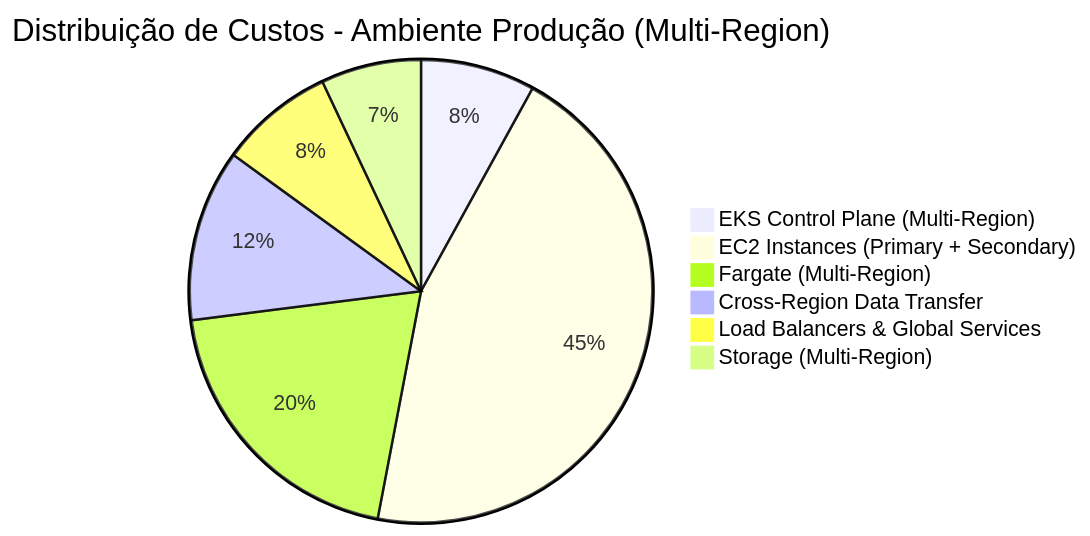
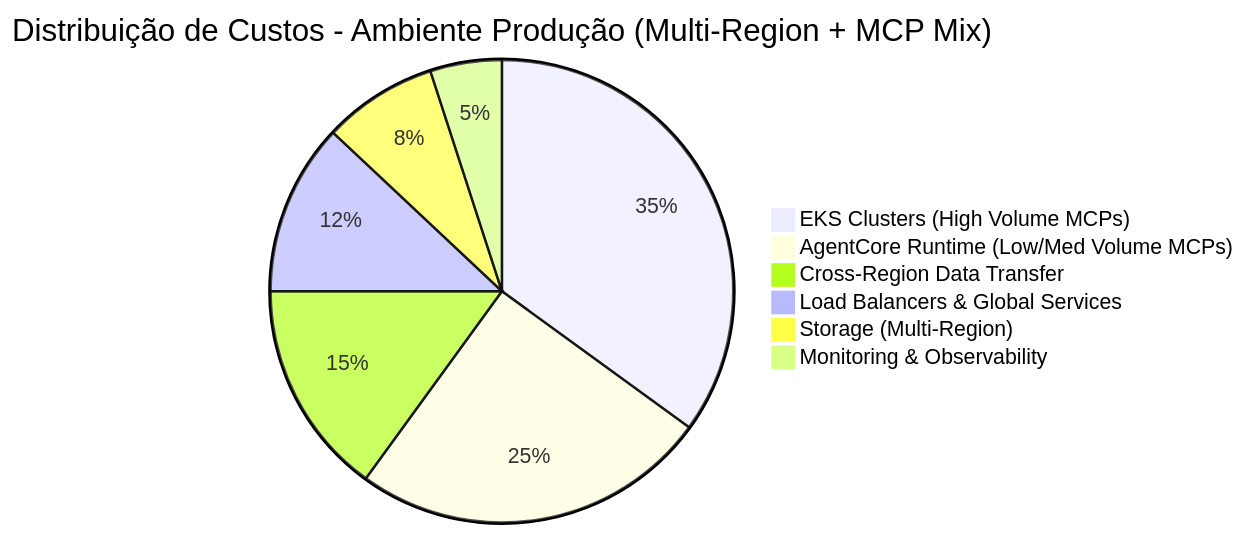
One commit to thiagodavala/ai-foundation-arch changed diagram 28 of 31 in README.md. Above: the diagram before and after it, drawn with Mermaid. The commit also changed other lines of this file, not shown here.

Commit message:
Add eks vs runtime costs

````diff
--- a/README.md
+++ b/README.md
@@ -2739,9 +2749,9 @@
 ```mermaid
-pie title Distribuição de Custos - Ambiente Produção (Multi-Region)
-    "EKS Control Plane (Multi-Region)" : 8
-    "EC2 Instances (Primary + Secondary)" : 45
-    "Fargate (Multi-Region)" : 20
-    "Cross-Region Data Transfer" : 12
-    "Load Balancers & Global Services" : 8
-    "Storage (Multi-Region)" : 7
+pie title Distribuição de Custos - Ambiente Produção (Multi-Region + MCP Mix)
+    "EKS Clusters (High Volume MCPs)" : 35
+    "AgentCore Runtime (Low/Med Volume MCPs)" : 25
+    "Cross-Region Data Transfer" : 15
+    "Load Balancers & Global Services" : 12
+    "Storage (Multi-Region)" : 8
+    "Monitoring & Observability" : 5
 ```
````
